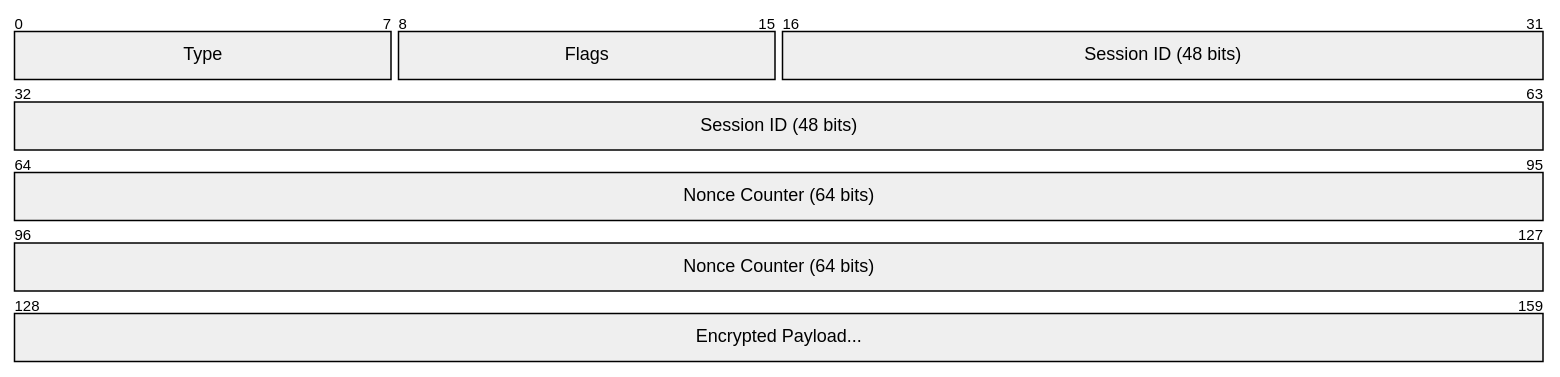
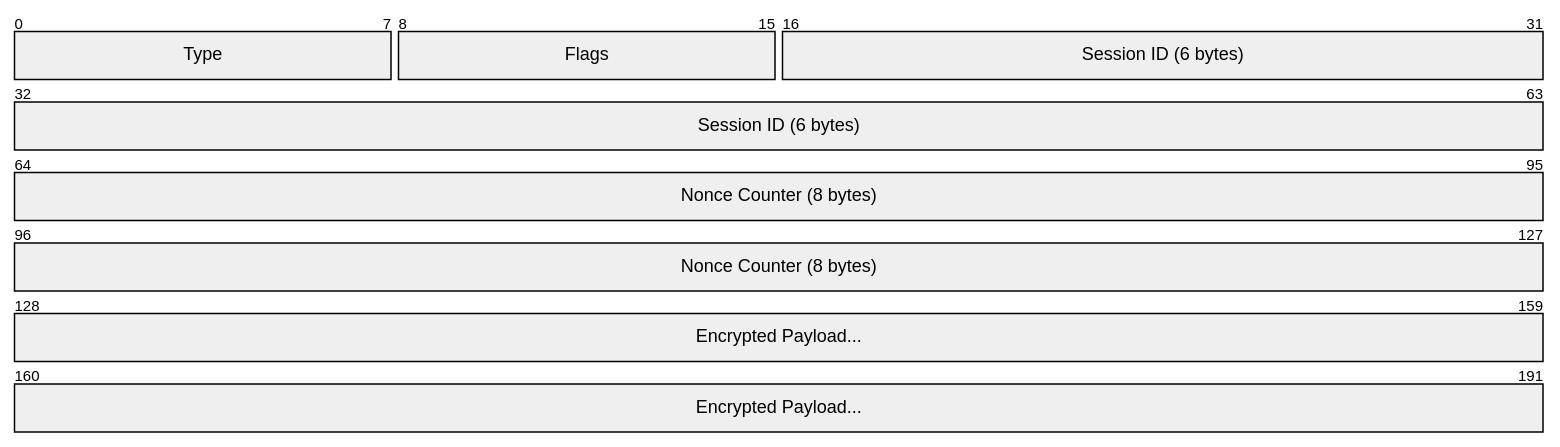
The diagram in CLAUDE.md (DanEscher98/nomad-specs), drawn with Mermaid before and after one commit. The commit also changed other lines of this file and 5 other files, not shown here.

First line of the commit message:
fix: convert packet-beta to packet with +count syntax

````diff
--- a/CLAUDE.md
+++ b/CLAUDE.md
@@ -122,8 +106,8 @@
 ```mermaid
-packet-beta
-  0-7: "Type"
-  8-15: "Flags"
-  16-63: "Session ID (48 bits)"
-  64-127: "Nonce Counter (64 bits)"
-  128-159: "Encrypted Payload..."
+packet
+  +8: "Type"
+  +8: "Flags"
+  +48: "Session ID (6 bytes)"
+  +64: "Nonce Counter (8 bytes)"
+  +64: "Encrypted Payload..."
 ```
````
